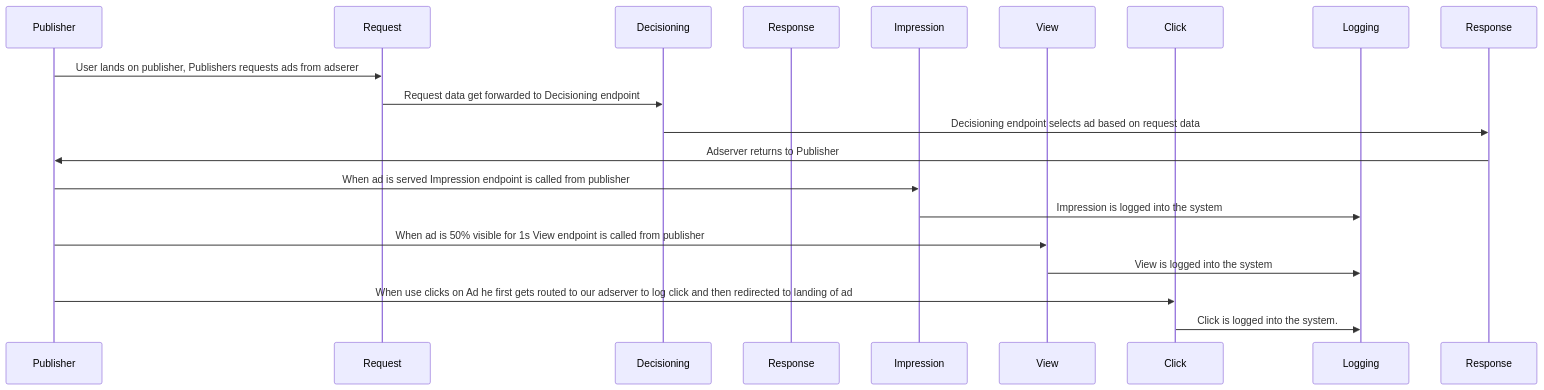
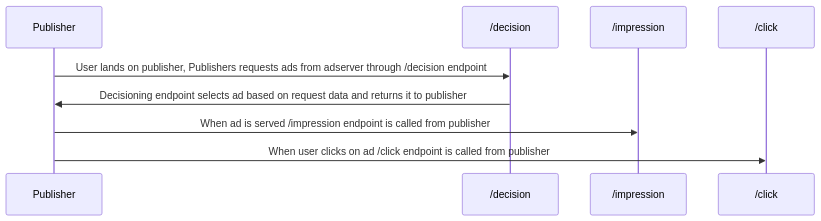
The diagram in docs/phase1/research.md (oskarcokl/fundamentals-course), drawn with Mermaid before and after one commit. The commit also changed other lines of this file and 16 other files, not shown here.

````diff
--- a/docs/phase1/research.md
+++ b/docs/phase1/research.md
@@ -2,21 +2,11 @@
 ```mermaid
 sequenceDiagram
     participant P as Publisher
-    participant REQ as Request
-    participant D as Decisioning
-    participant RES as Response
-    participant I as Impression
-    participant V as View
-    participant C as Click
-    participant L as Logging
-    P->>REQ: User lands on publisher, Publishers requests ads from adserer
-    REQ->>D: Request data get forwarded to Decisioning endpoint
-    D->>Response: Decisioning endpoint selects ad based on request data
-    Response->>P: Adserver returns to Publisher
-    P->>I: When ad is served Impression endpoint is called from publisher
-    I->>L: Impression is logged into the system
-    P->>V: When ad is 50% visible for 1s View endpoint is called from publisher
-    V->>L: View is logged into the system
-    P->>C: When use clicks on Ad he first gets routed to our adserver to log click and then redirected to landing of ad
-    C->>L: Click is logged into the system.
+    participant D as /decision
+    participant I as /impression
+    participant C as /click
+    P->>D: User lands on publisher, Publishers requests ads from adserver through /decision endpoint
+    D->>P: Decisioning endpoint selects ad based on request data and returns it to publisher
+    P->>I: When ad is served /impression endpoint is called from publisher
+    P->>C: When user clicks on ad /click endpoint is called from publisher
 ```
````
